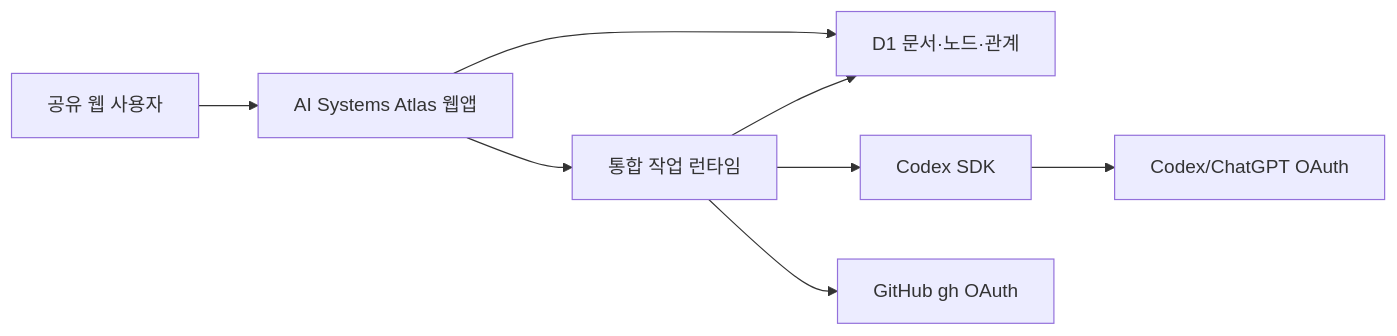
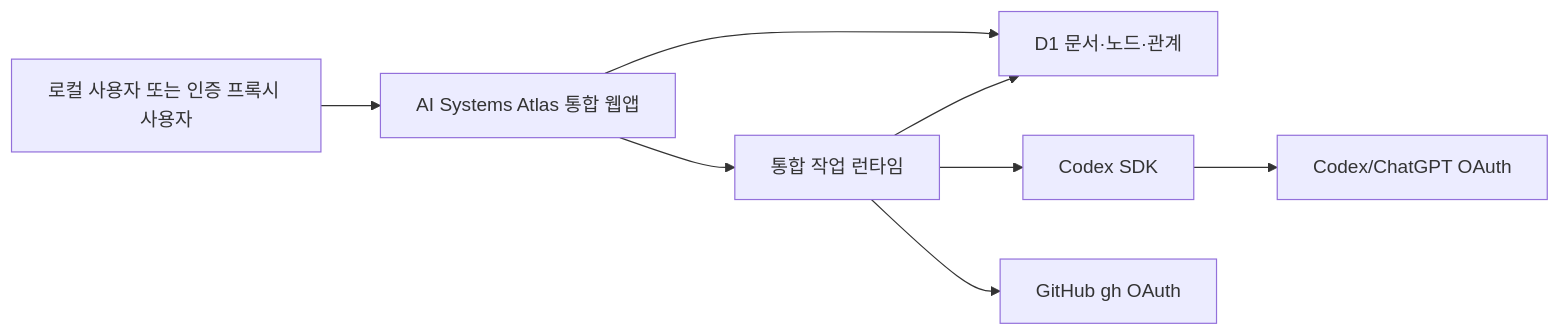
One commit to coreline-ai/memory_node_graph changed the first of 2 diagrams in docs/current-oauth-runtime.md. Above: the diagram before and after it, drawn with Mermaid. The commit also changed other lines of this file and 38 other files, not shown here.

````diff
--- a/docs/current-oauth-runtime.md
+++ b/docs/current-oauth-runtime.md
@@ -23,10 +23,10 @@
 ```mermaid
 flowchart LR
-  U["공유 웹 사용자"] --> W["AI Systems Atlas 웹앱"]
+  U["로컬 사용자 또는 인증 프록시 사용자"] --> W["AI Systems Atlas 통합 웹앱"]
   W --> D["D1 문서·노드·관계"]
   W --> R["통합 작업 런타임"]
   R --> C["Codex SDK"]
   C --> O["Codex/ChatGPT OAuth"]
   R --> G["GitHub gh OAuth"]
   R --> D
 ```
````
